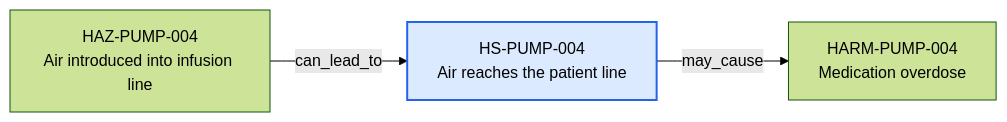
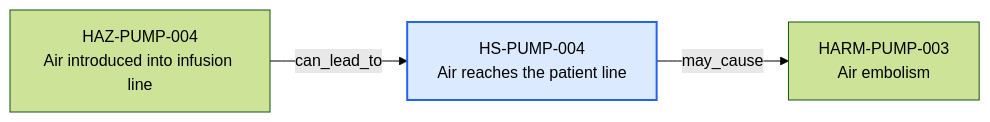
One commit to mvattulainen/mdrontology changed the diagram in content/06-Infpump FlowGuard ontology notes/hazardous-situation/HS-PUMP-004-air-reaches-the-patient-line.md. Above: the diagram before and after it, drawn with Mermaid (forest theme). The commit also changed other lines of this file and 321 other files, not shown here.

Commit message:
Implement Mermaid ontology audit findings

````diff
--- a/content/06-Infpump FlowGuard ontology notes/hazardous-situation/HS-PUMP-004-air-reaches-the-patient-line.md
+++ b/content/06-Infpump FlowGuard ontology notes/hazardous-situation/HS-PUMP-004-air-reaches-the-patient-line.md
@@ -69,10 +71,10 @@
 ```mermaid
 flowchart LR
   CURRENT["HS-PUMP-004<br/>Air reaches the patient line"]
   PREV0["HAZ-PUMP-004<br/>Air introduced into infusion line"]
   PREV0 -->|"can_lead_to"| CURRENT
-  NEXT0["HARM-PUMP-004<br/>Medication overdose"]
+  NEXT0["HARM-PUMP-003<br/>Air embolism"]
   CURRENT -->|"may_cause"| NEXT0
   classDef current fill:#dbeafe,stroke:#2563eb,stroke-width:2px
   class CURRENT current
 ```
````
